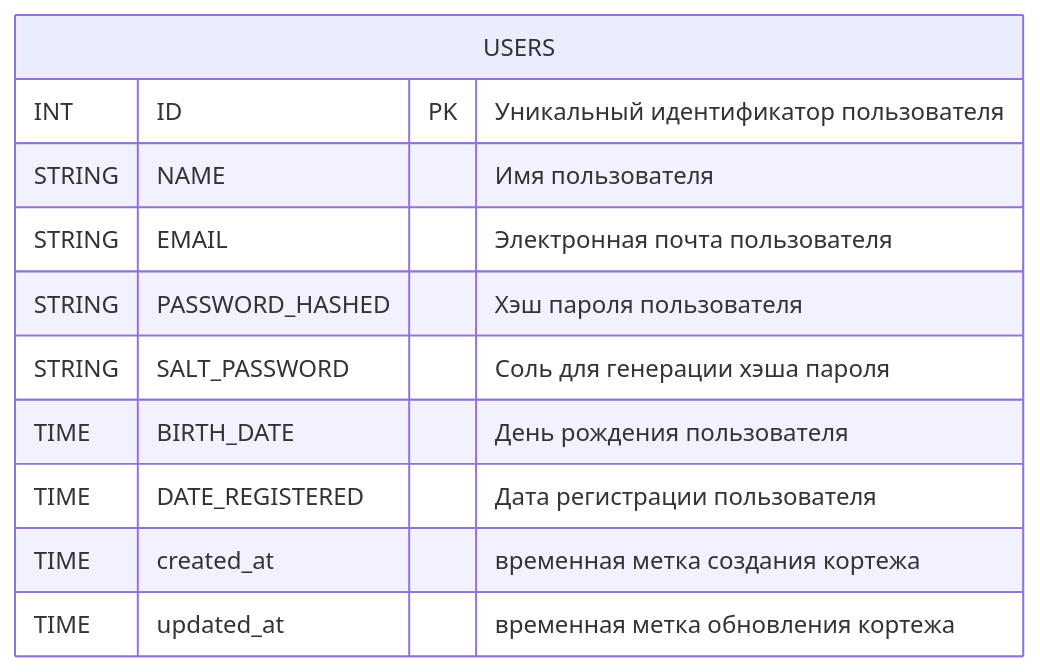
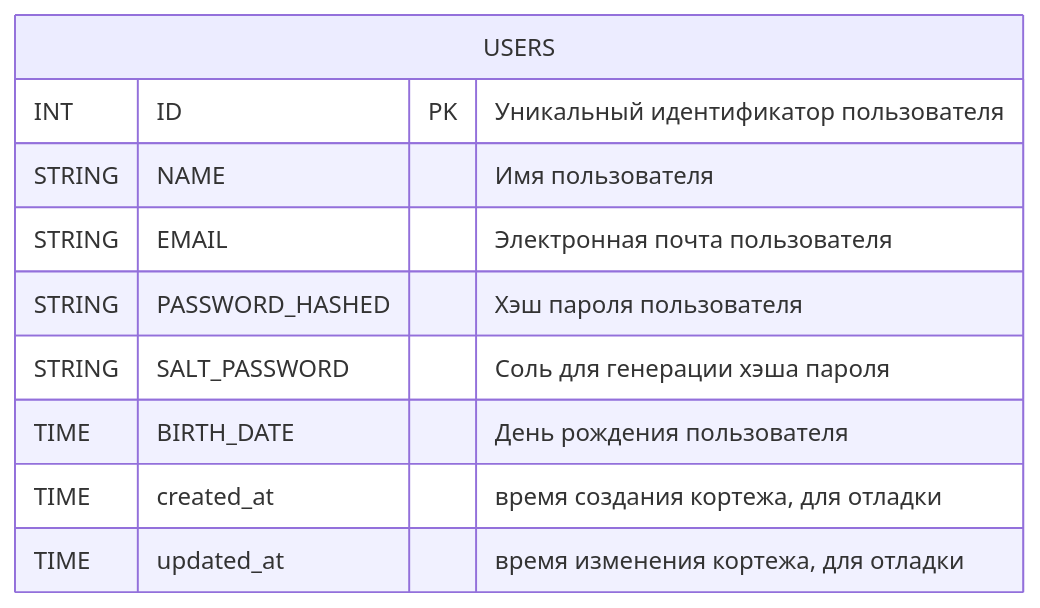
Before and after one commit to go-park-mail-ru/2024_1_Cyberkotletki: diagram 14 of 25 in db/normalized/relations.md, drawn with Mermaid. The commit also changed other lines of this file and 2 other files, not shown here.

````diff
--- a/db/normalized/relations.md
+++ b/db/normalized/relations.md
@@ -281,14 +380,13 @@
 ```mermaid
 erDiagram
     USERS {
         INT ID PK "Уникальный идентификатор пользователя"
         STRING NAME "Имя пользователя"
         STRING EMAIL "Электронная почта пользователя"
         STRING PASSWORD_HASHED "Хэш пароля пользователя"
         STRING SALT_PASSWORD "Соль для генерации хэша пароля"
         TIME BIRTH_DATE "День рождения пользователя"
-        TIME DATE_REGISTERED "Дата регистрации пользователя"
-        TIME created_at "временная метка создания кортежа"
-        TIME updated_at "временная метка обновления кортежа"
+        TIME created_at "время создания кортежа, для отладки"
+        TIME updated_at "время изменения кортежа, для отладки"
     }
 ```
````
